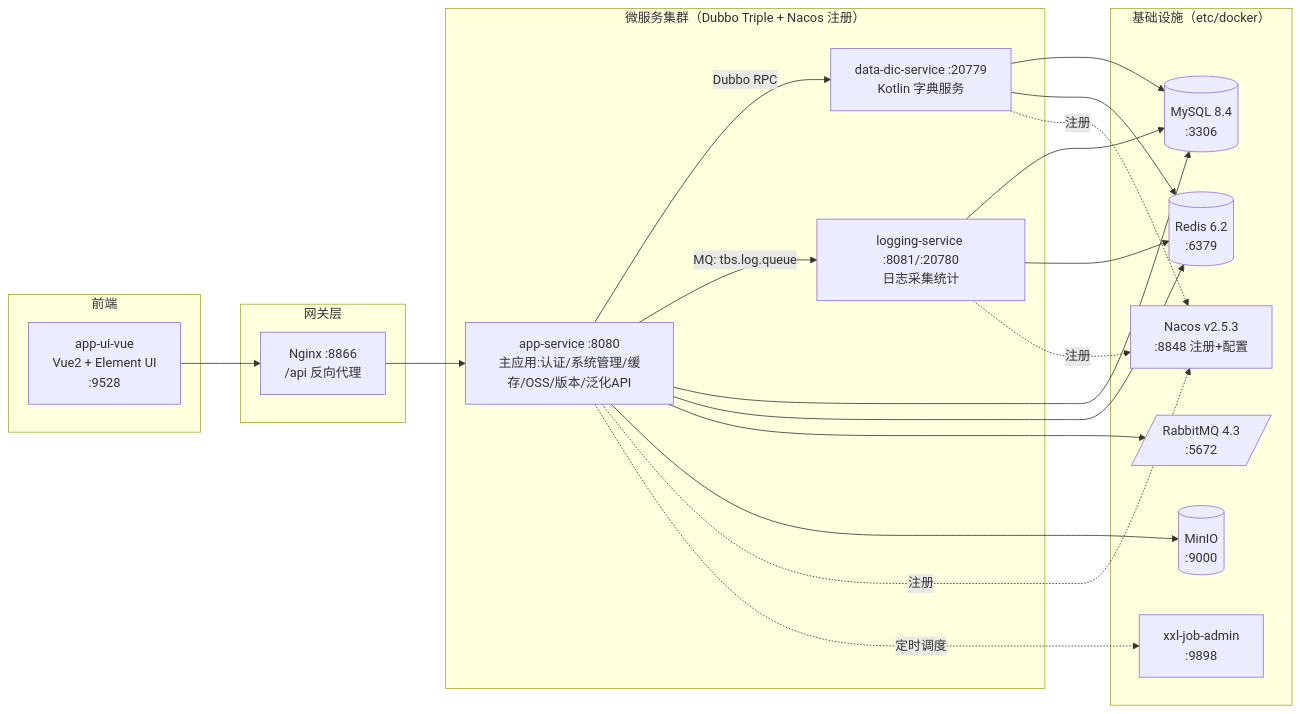
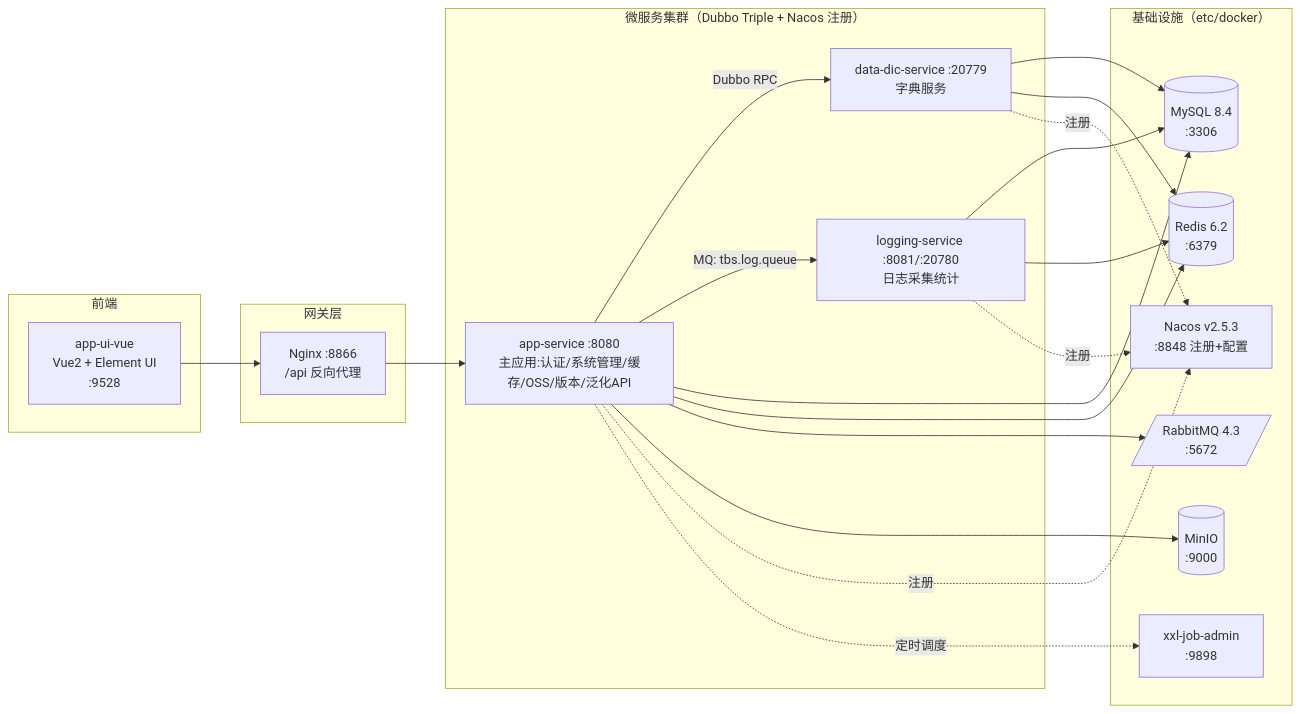
The diagram in README.md (tongjames0923/abstergo_solution), drawn with Mermaid before and after one commit. The commit also changed other lines of this file and 5 other files, not shown here.

First line of the commit message:
refactor(dic): 将 dic-service 从 Kotlin 迁移到 Java

````diff
--- a/README.md
+++ b/README.md
@@ -37,30 +37,30 @@
 ```mermaid
 flowchart LR
     subgraph FE["前端"]
         UI["app-ui-vue<br/>Vue2 + Element UI<br/>:9528"]
     end
     subgraph GW["网关层"]
         NG["Nginx :8866<br/>/api 反向代理"]
     end
     subgraph SVC["微服务集群（Dubbo Triple + Nacos 注册）"]
         APP["app-service :8080<br/>主应用:认证/系统管理/缓存/OSS/版本/泛化API"]
-        DIC["data-dic-service :20779<br/>Kotlin 字典服务"]
+        DIC["data-dic-service :20779<br/>字典服务"]
         LOG["logging-service :8081/:20780<br/>日志采集统计"]
     end
     subgraph INFRA["基础设施（etc/docker）"]
         MYSQL[("MySQL 8.4<br/>:3306")]
         REDIS[("Redis 6.2<br/>:6379")]
         MQ[/"RabbitMQ 4.3<br/>:5672"/]
         MINIO[("MinIO<br/>:9000")]
         NACOS["Nacos v2.5.3<br/>:8848 注册+配置"]
         XXL["xxl-job-admin<br/>:9898"]
     end
     UI --> NG --> APP
     APP -->|Dubbo RPC| DIC
     APP -->|"MQ: tbs.log.queue"| LOG
     APP --> MYSQL & REDIS & MQ & MINIO
     LOG --> MYSQL & REDIS
     DIC --> MYSQL & REDIS
     APP & DIC & LOG -.->|注册| NACOS
     APP -.->|定时调度| XXL
 ```
````
